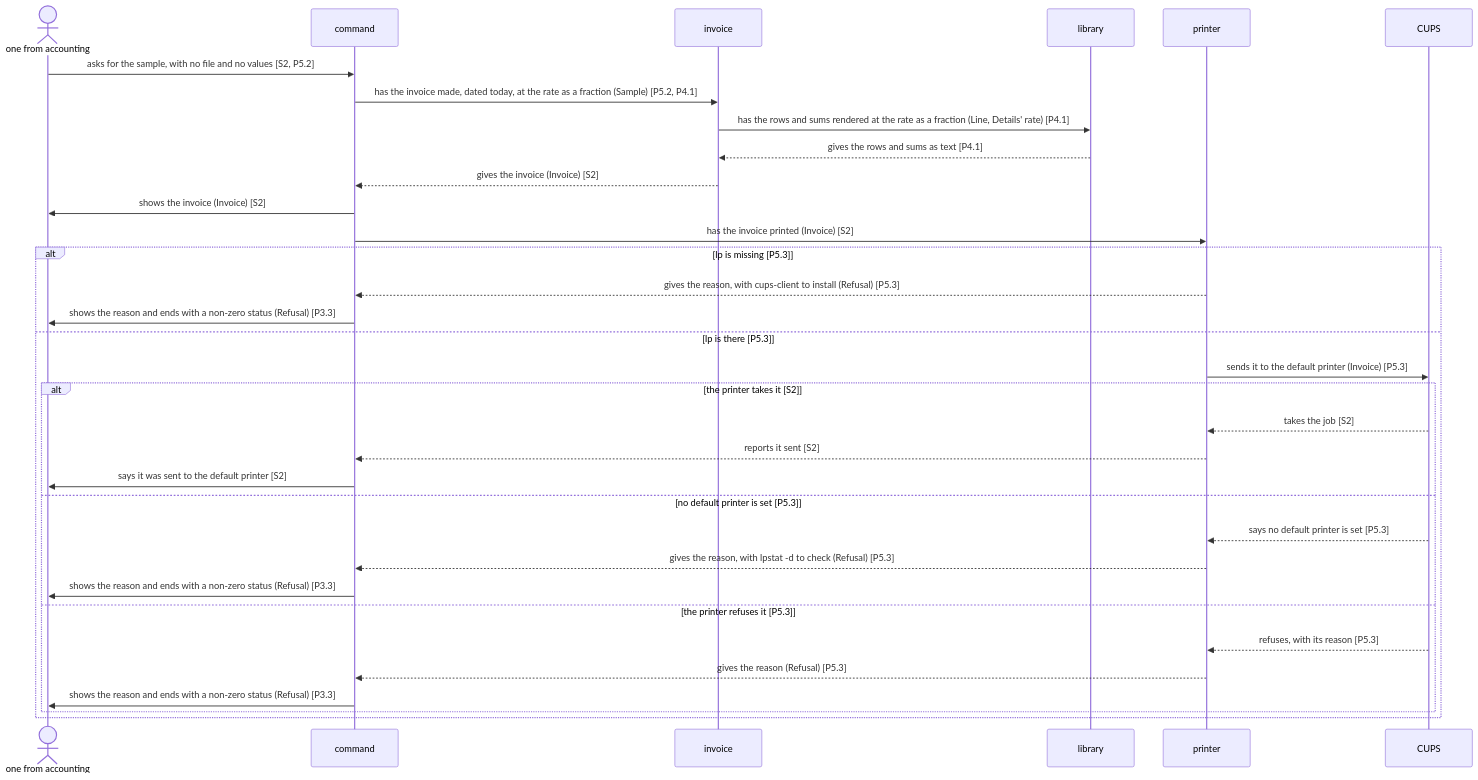
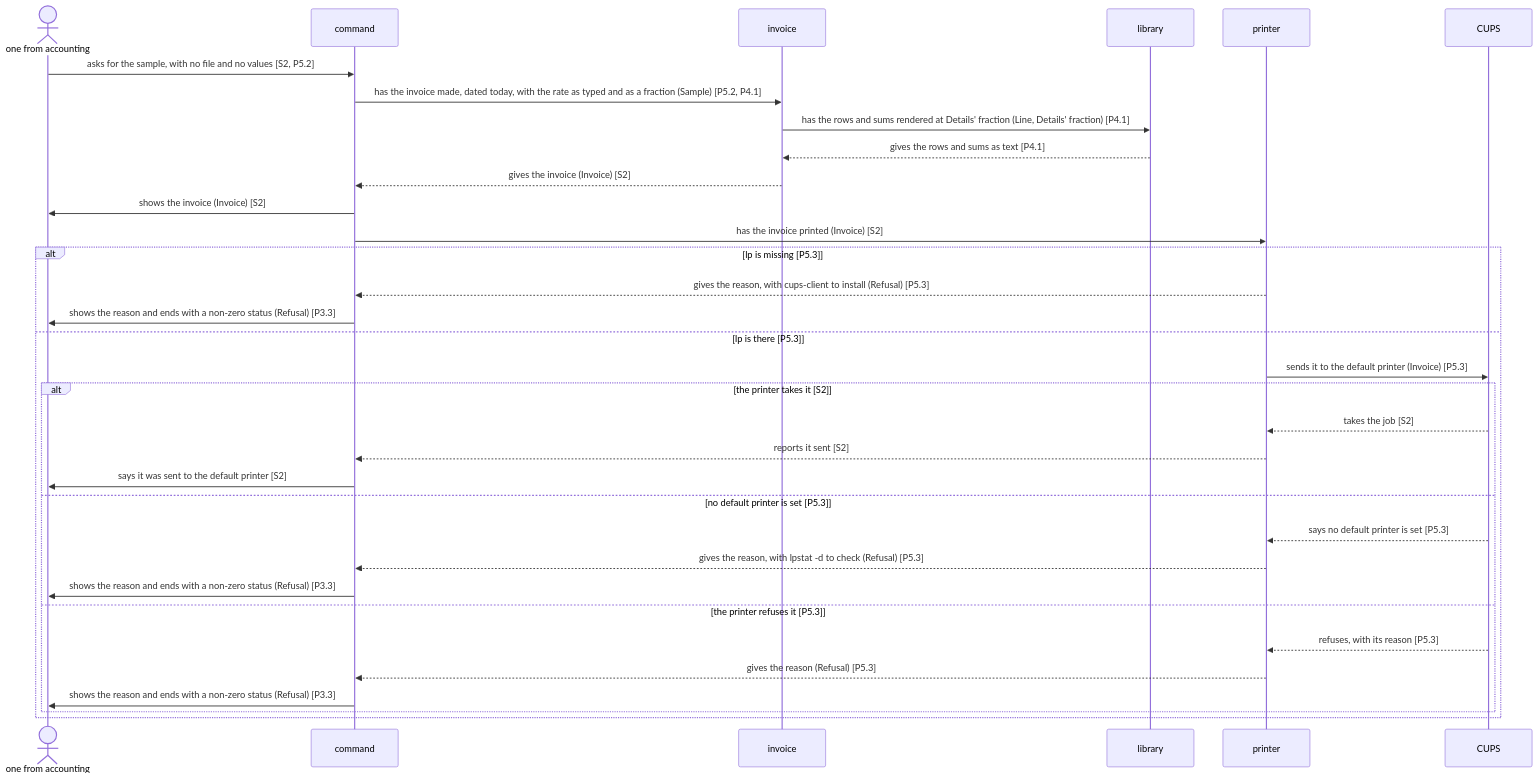
The second of 4 diagrams in docs/architecture.md (lovaizu/playground), drawn with Mermaid before and after one commit. The commit also changed other lines of this file and 1 other file, not shown here.

Commit message:
Architecture: the rate as typed and as a fraction, and the refusals' cases

````diff
--- a/docs/architecture.md
+++ b/docs/architecture.md
@@ -161,35 +165,35 @@
 ```mermaid
 sequenceDiagram
   actor U as one from accounting
   participant C as command
   participant I as invoice
   participant L as library
   participant P as printer
   participant Q as CUPS
   U->>C: asks for the sample, with no file and no values [S2, P5.2]
-  C->>I: has the invoice made, dated today, at the rate as a fraction (Sample) [P5.2, P4.1]
-  I->>L: has the rows and sums rendered at the rate as a fraction (Line, Details' rate) [P4.1]
+  C->>I: has the invoice made, dated today, with the rate as typed and as a fraction (Sample) [P5.2, P4.1]
+  I->>L: has the rows and sums rendered at Details' fraction (Line, Details' fraction) [P4.1]
   L-->>I: gives the rows and sums as text [P4.1]
   I-->>C: gives the invoice (Invoice) [S2]
   C->>U: shows the invoice (Invoice) [S2]
   C->>P: has the invoice printed (Invoice) [S2]
   alt lp is missing [P5.3]
     P-->>C: gives the reason, with cups-client to install (Refusal) [P5.3]
     C->>U: shows the reason and ends with a non-zero status (Refusal) [P3.3]
   else lp is there [P5.3]
     P->>Q: sends it to the default printer (Invoice) [P5.3]
     alt the printer takes it [S2]
       Q-->>P: takes the job [S2]
       P-->>C: reports it sent [S2]
       C->>U: says it was sent to the default printer [S2]
     else no default printer is set [P5.3]
       Q-->>P: says no default printer is set [P5.3]
       P-->>C: gives the reason, with lpstat -d to check (Refusal) [P5.3]
       C->>U: shows the reason and ends with a non-zero status (Refusal) [P3.3]
     else the printer refuses it [P5.3]
       Q-->>P: refuses, with its reason [P5.3]
       P-->>C: gives the reason (Refusal) [P5.3]
       C->>U: shows the reason and ends with a non-zero status (Refusal) [P3.3]
     end
   end
 ```
````
